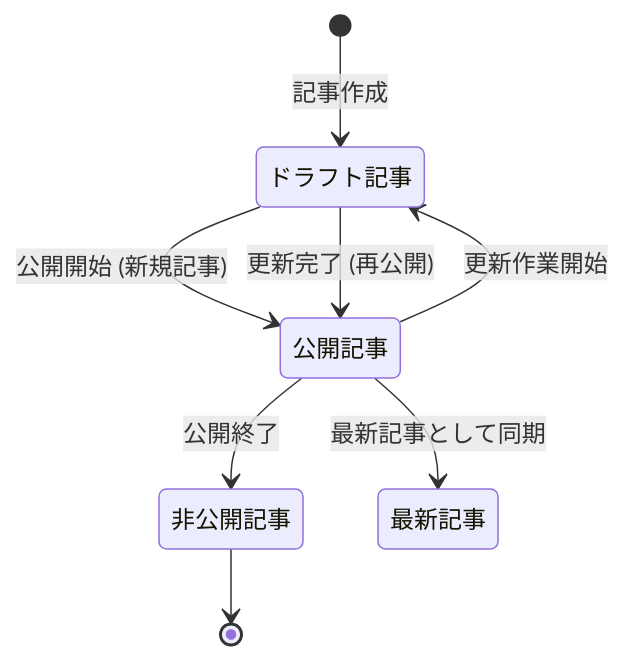
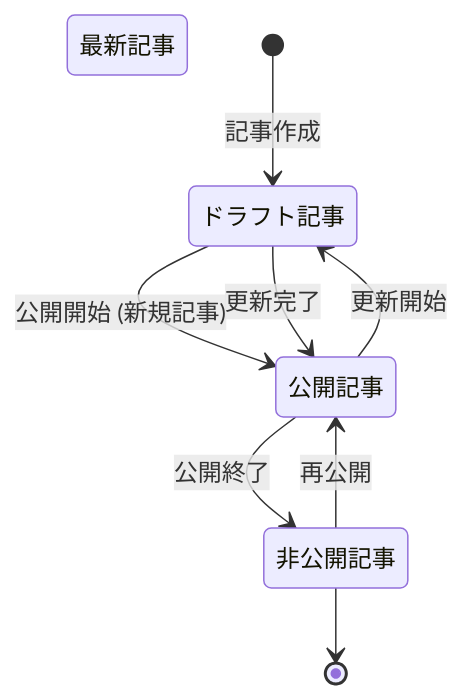
One commit to ttakuma17/til changed the second of 4 diagrams in db/modeling/5/er.md. Above: the diagram before and after it, drawn with Mermaid. The commit also changed other lines of this file, not shown here.

Commit message:
一旦v1として新しいの考える

````diff
--- a/db/modeling/5/er.md
+++ b/db/modeling/5/er.md
@@ -27,16 +27,16 @@
 ```mermaid
 stateDiagram-v2
   Draft: ドラフト記事
   Published: 公開記事
   Private: 非公開記事
   Latest: 最新記事
 
   [*] --> Draft: 記事作成
   Draft --> Published: 公開開始 (新規記事)
   Published --> Private: 公開終了
+  Private --> Published: 再公開
     
-  Published --> Draft: 更新作業開始
-  Draft --> Published: 更新完了 (再公開)
-  Published --> Latest: 最新記事として同期
+  Published --> Draft: 更新開始
+  Draft --> Published: 更新完了
   Private --> [*]
 ```
````
